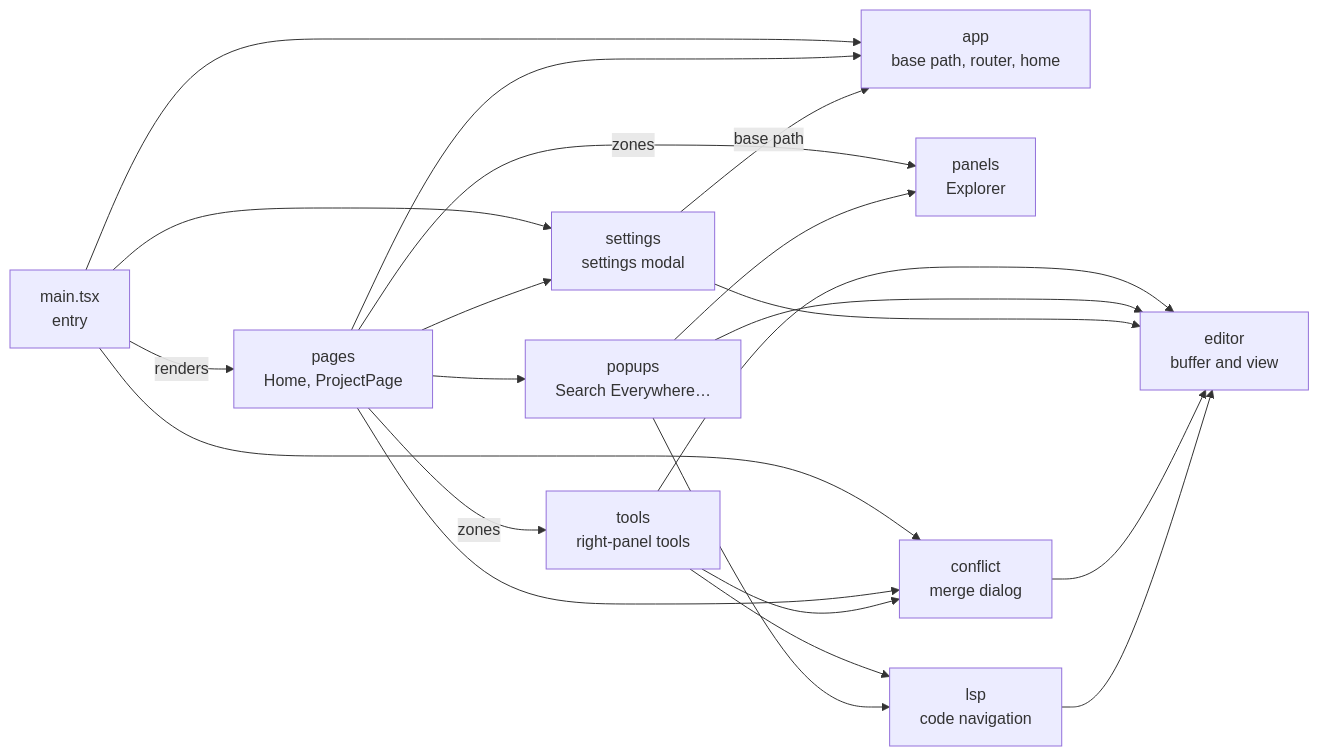
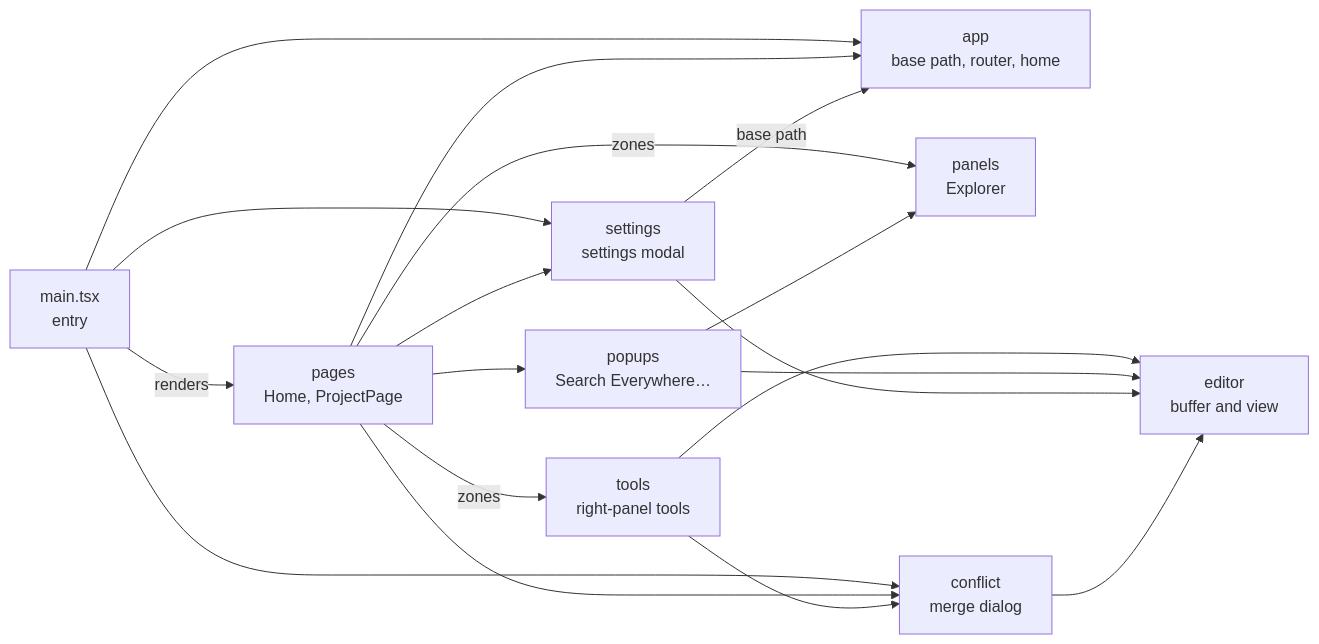
The first of 2 diagrams in web/src/README.md (DrSmithFr/web-ide), drawn with Mermaid before and after one commit. The commit also changed other lines of this file and 38 other files, not shown here.

````diff
--- a/web/src/README.md
+++ b/web/src/README.md
@@ -7,33 +7,29 @@
 ```mermaid
 flowchart LR
   main["main.tsx<br/>entry"]
   app["app<br/>base path, router, home"]
   pages["pages<br/>Home, ProjectPage"]
   tools["tools<br/>right-panel tools"]
   panels["panels<br/>Explorer"]
   popups["popups<br/>Search Everywhere…"]
   settings["settings<br/>settings modal"]
   conflict["conflict<br/>merge dialog"]
-  lsp["lsp<br/>code navigation"]
   editor["editor<br/>buffer and view"]
   main --> app
   main --> conflict
   main -->|"renders"| pages
   main --> settings
   pages --> app
   pages --> conflict
   pages -->|"zones"| panels
   pages --> popups
   pages --> settings
   pages -->|"zones"| tools
   tools --> conflict
   tools --> editor
-  tools --> lsp
   popups --> editor
-  popups --> lsp
   popups --> panels
   settings -->|"base path"| app
   settings --> editor
   conflict --> editor
-  lsp --> editor
 ```
````
